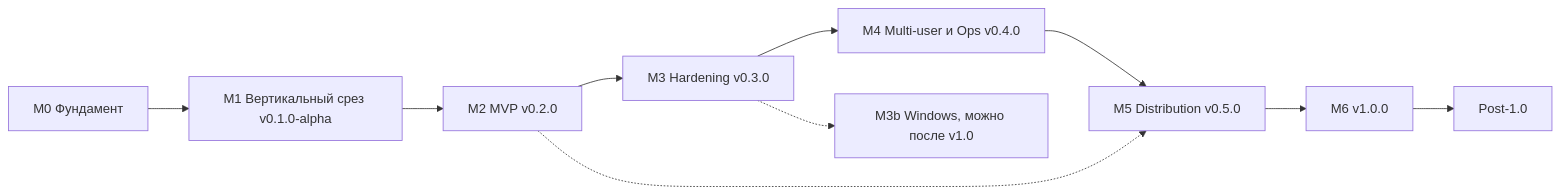
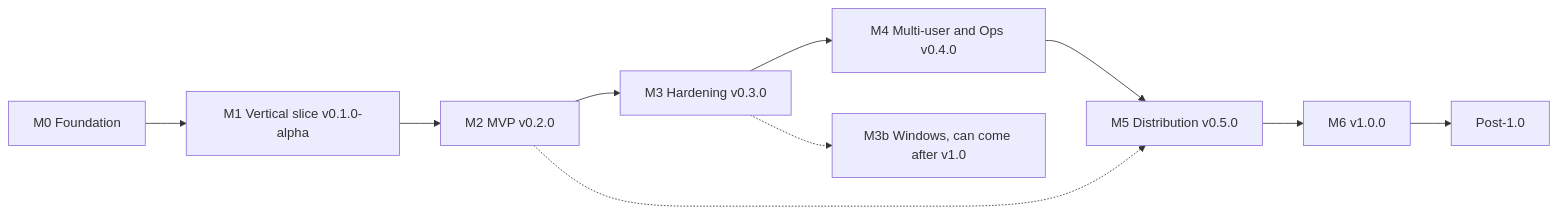
Before and after one commit to o-kolomoiets/Go-SFTP-Server: the second of 2 diagrams in ROADMAP.md, drawn with Mermaid. The commit also changed other lines of this file and 1 other file, not shown here.

First line of the commit message:
docs: translate ROADMAP.md and TASKS.md to English

````diff
--- a/ROADMAP.md
+++ b/ROADMAP.md
@@ -344,12 +344,12 @@
 ```mermaid
 flowchart LR
-    M0["M0 Фундамент"] --> M1["M1 Вертикальный срез v0.1.0-alpha"]
+    M0["M0 Foundation"] --> M1["M1 Vertical slice v0.1.0-alpha"]
     M1 --> M2["M2 MVP v0.2.0"]
     M2 --> M3["M3 Hardening v0.3.0"]
-    M3 --> M4["M4 Multi-user и Ops v0.4.0"]
+    M3 --> M4["M4 Multi-user and Ops v0.4.0"]
     M4 --> M5["M5 Distribution v0.5.0"]
     M5 --> M6["M6 v1.0.0"]
     M6 --> P["Post-1.0"]
     M2 -.-> M5
-    M3 -.-> M3b["M3b Windows, можно после v1.0"]
+    M3 -.-> M3b["M3b Windows, can come after v1.0"]
 ```
````
